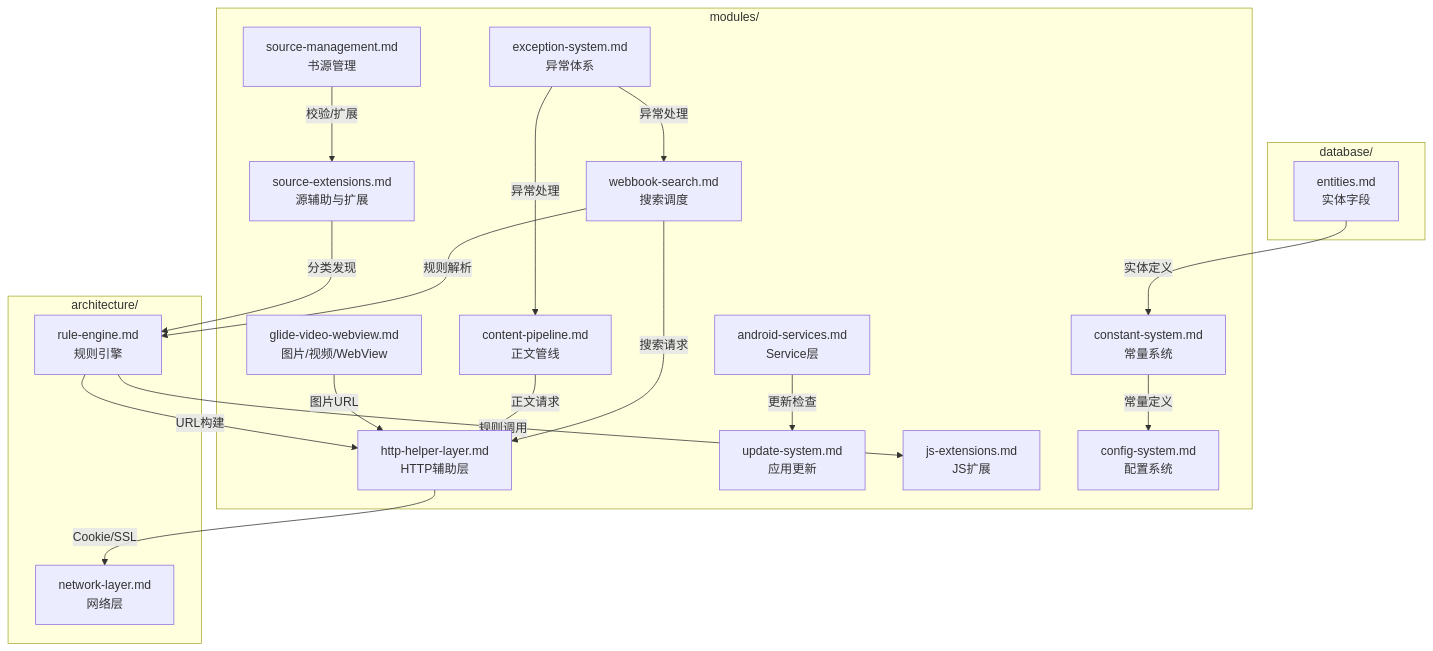
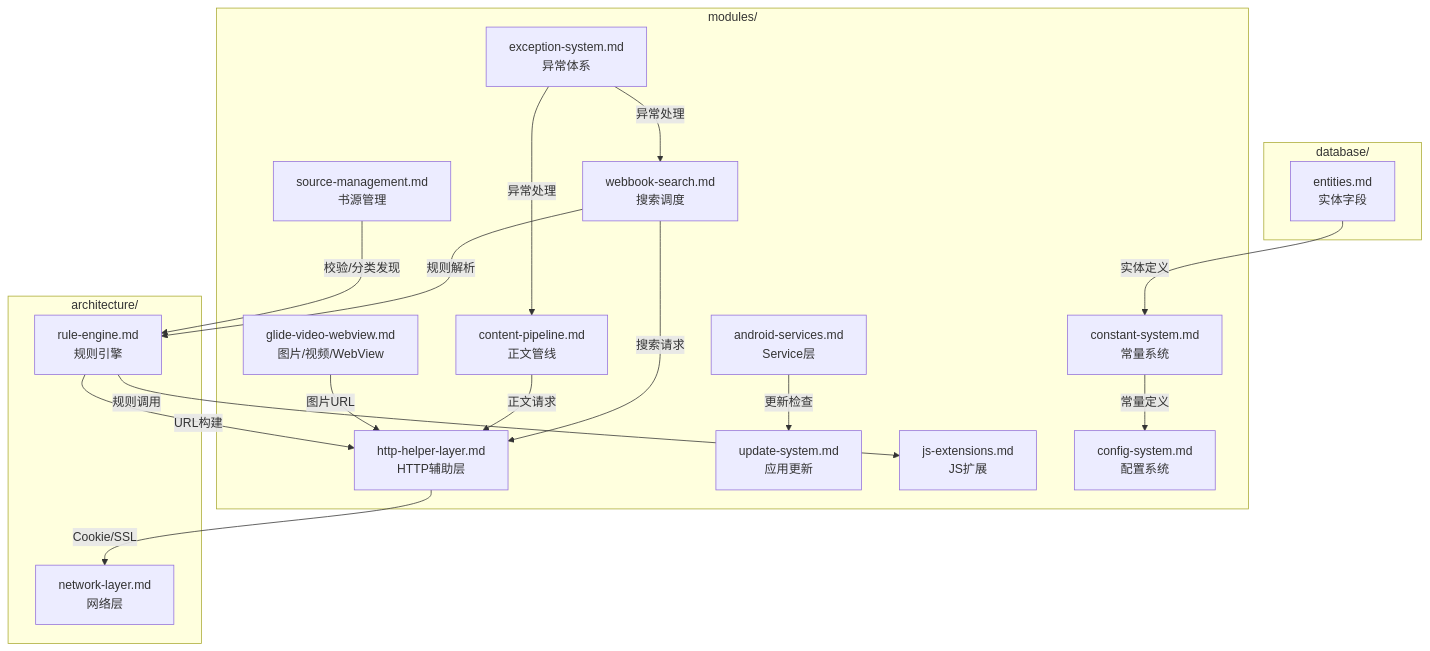
The diagram in docs/project-flow/README.md (legado-backup/legado-m), drawn with Mermaid before and after one commit. The commit also changed other lines of this file and 63 other files, not shown here.

First line of the commit message:
docs: 文档体系审计重构（project-flow+project-rules 全量 110 文档对标源码）

````diff
--- a/docs/project-flow/README.md
+++ b/docs/project-flow/README.md
@@ -124,38 +138,36 @@
 ```mermaid
 flowchart TB
     subgraph core_arch["architecture/"]
         RE["rule-engine.md\n规则引擎"]
         NL["network-layer.md\n网络层"]
     end
     subgraph data_layer["database/"]
         ENT["entities.md\n实体字段"]
     end
     subgraph func_mods["modules/"]
         ES["exception-system.md\n异常体系"]
         CS["constant-system.md\n常量系统"]
         GVW["glide-video-webview.md\n图片/视频/WebView"]
         HHL["http-helper-layer.md\nHTTP辅助层"]
         US["update-system.md\n应用更新"]
-        SX["source-extensions.md\n源辅助与扩展"]
         WS["webbook-search.md\n搜索调度"]
         CP["content-pipeline.md\n正文管线"]
         SM["source-management.md\n书源管理"]
         JSE["js-extensions.md\nJS扩展"]
         AS["android-services.md\nService层"]
         CFG["config-system.md\n配置系统"]
     end
     RE -->|"规则调用"| JSE
     RE -->|"URL构建"| HHL
     WS -->|"搜索请求"| HHL
     WS -->|"规则解析"| RE
     CP -->|"正文请求"| HHL
-    SM -->|"校验/扩展"| SX
-    SX -->|"分类发现"| RE
+    SM -->|"校验/分类发现"| RE
     GVW -->|"图片URL"| HHL
     ES -->|"异常处理"| WS
     ES -->|"异常处理"| CP
     CS -->|"常量定义"| CFG
     AS -->|"更新检查"| US
     HHL -->|"Cookie/SSL"| NL
     ENT -->|"实体定义"| CS
 ```
````
